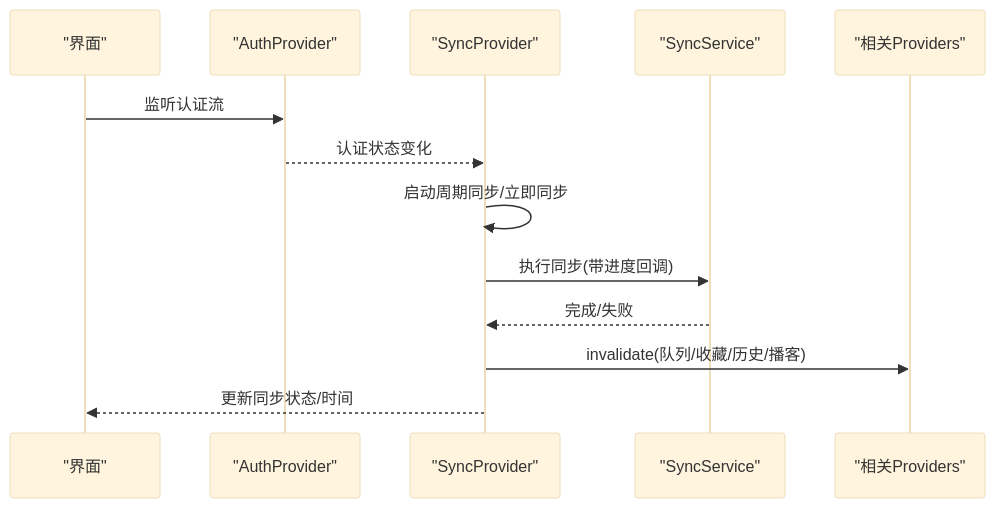
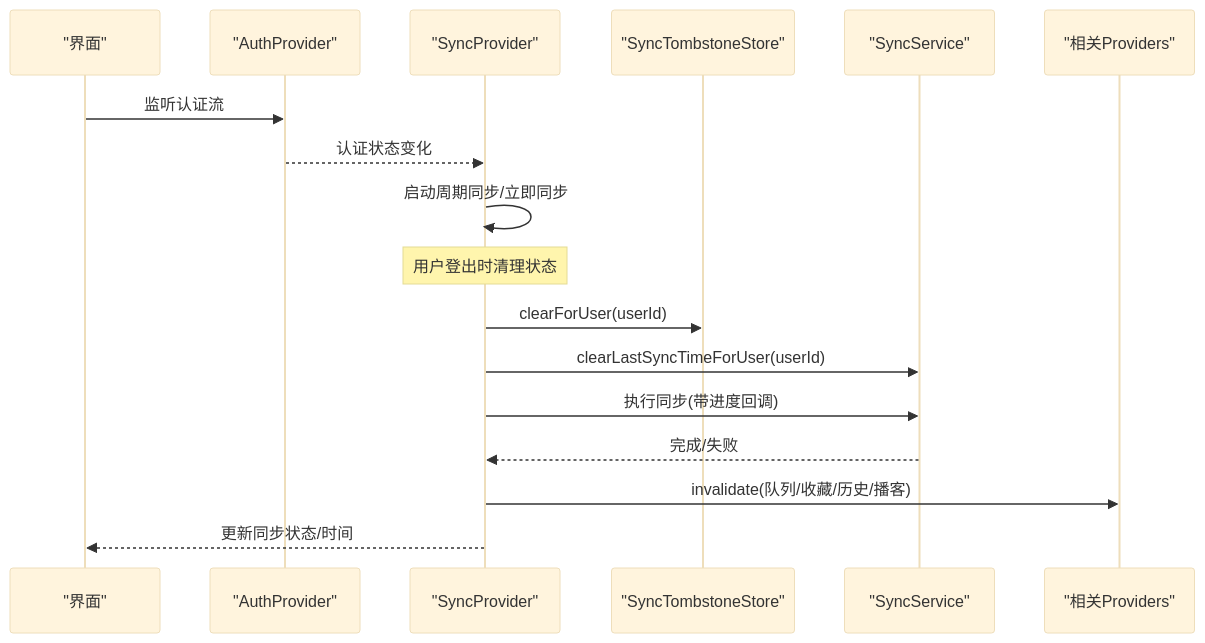
The third of 9 diagrams in .qoder/repowiki/zh/content/架构设计/设计模式应用/Provider Pattern（提供者模式）/Provider Pattern（提供者模式）.md (ZTfer/Tinycast), drawn with Mermaid (base theme) before and after one commit. The commit also changed other lines of this file and 4 other files, not shown here.

````diff
--- a/.qoder/repowiki/zh/content/架构设计/设计模式应用/Provider Pattern（提供者模式）/Provider Pattern（提供者模式）.md
+++ b/.qoder/repowiki/zh/content/架构设计/设计模式应用/Provider Pattern（提供者模式）/Provider Pattern（提供者模式）.md
@@ -157,15 +195,19 @@
 ```mermaid
 sequenceDiagram
 participant UI as "界面"
 participant Auth as "AuthProvider"
 participant Sync as "SyncProvider"
+participant Tombstone as "SyncTombstoneStore"
 participant Service as "SyncService"
 participant Deps as "相关Providers"
 UI->>Auth : 监听认证流
 Auth-->>Sync : 认证状态变化
 Sync->>Sync : 启动周期同步/立即同步
+Note over Sync : 用户登出时清理状态
+Sync->>Tombstone : clearForUser(userId)
+Sync->>Service : clearLastSyncTimeForUser(userId)
 Sync->>Service : 执行同步(带进度回调)
 Service-->>Sync : 完成/失败
 Sync->>Deps : invalidate(队列/收藏/历史/播客)
 Sync-->>UI : 更新同步状态/时间
 ```
````
